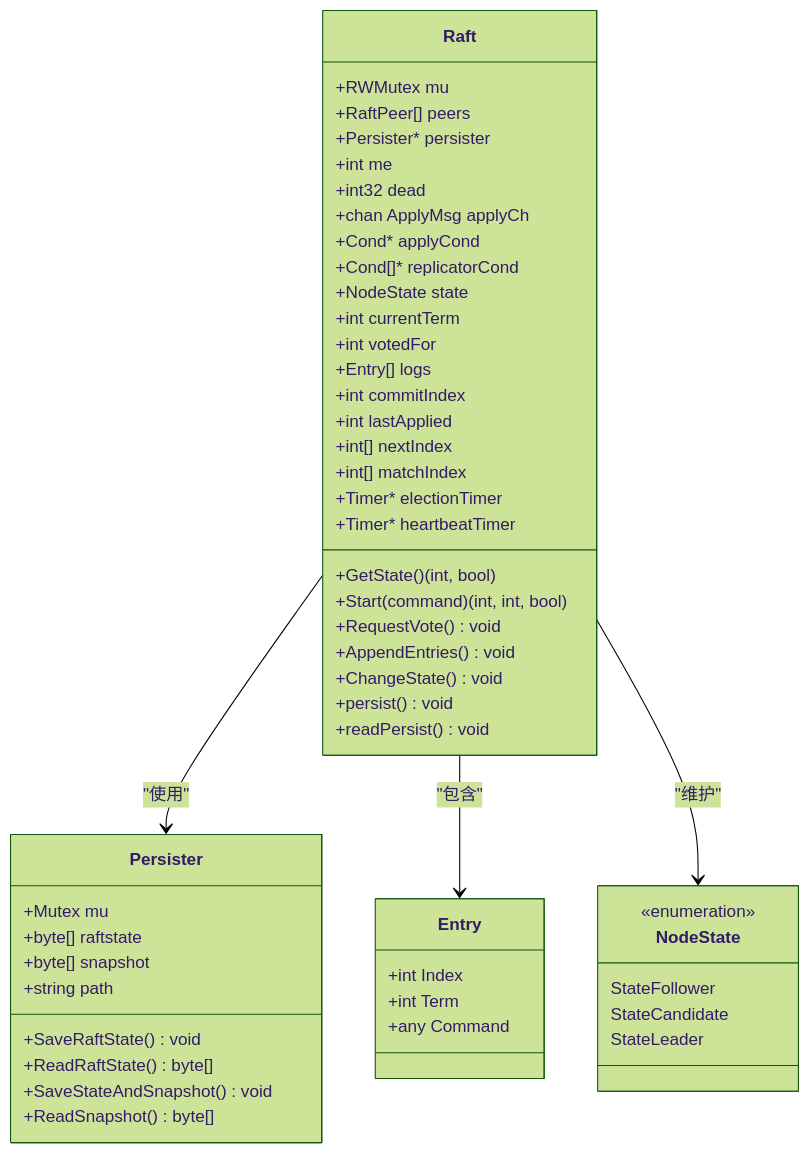
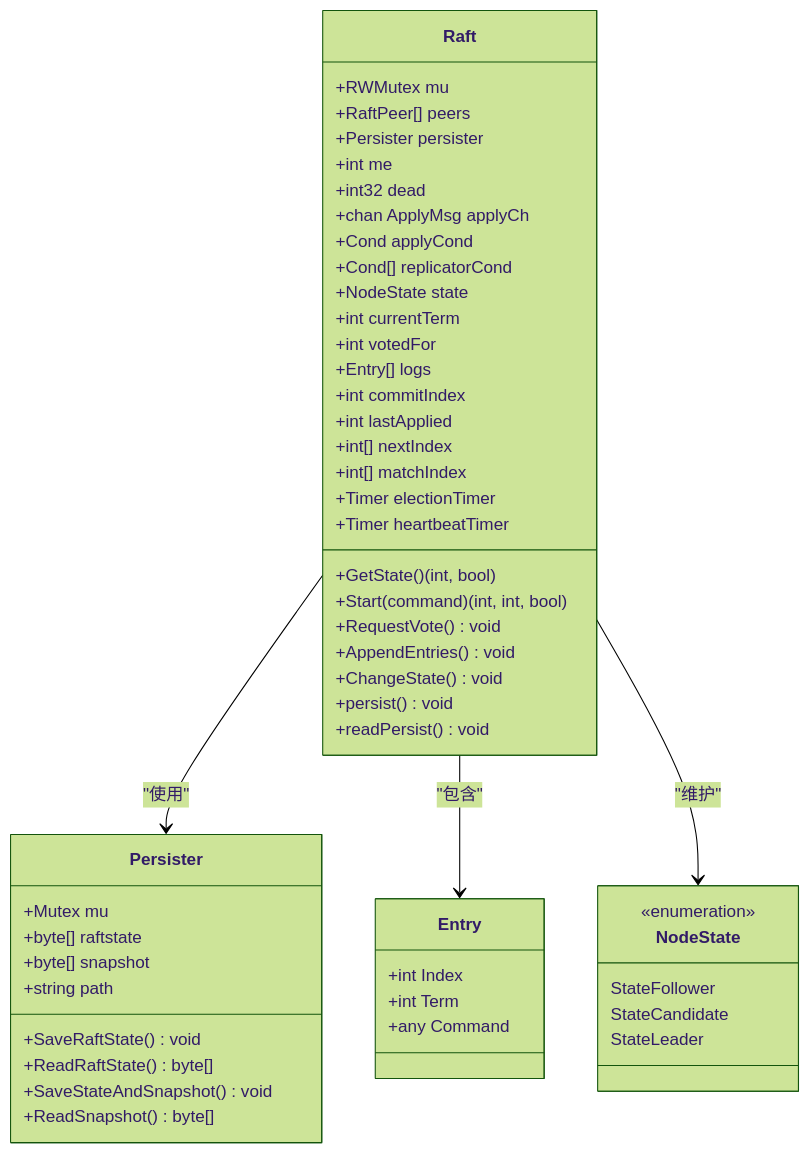
The second of 8 diagrams in wiki/Raft 共识算法/Raft 实现细节/数据结构设计.md (eraft-io/eraft), drawn with Mermaid (forest theme) before and after one commit. The commit also changed other lines of this file and 12 other files, not shown here.

````diff
--- a/wiki/Raft 共识算法/Raft 实现细节/数据结构设计.md
+++ b/wiki/Raft 共识算法/Raft 实现细节/数据结构设计.md
@@ -62,54 +62,54 @@
 ```mermaid
 classDiagram
 class Raft {
 +RWMutex mu
 +RaftPeer[] peers
-+Persister* persister
++Persister persister
 +int me
 +int32 dead
 +chan ApplyMsg applyCh
-+Cond* applyCond
-+Cond[]* replicatorCond
++Cond applyCond
++Cond[] replicatorCond
 +NodeState state
 +int currentTerm
 +int votedFor
 +Entry[] logs
 +int commitIndex
 +int lastApplied
 +int[] nextIndex
 +int[] matchIndex
-+Timer* electionTimer
-+Timer* heartbeatTimer
++Timer electionTimer
++Timer heartbeatTimer
 +GetState() (int, bool)
 +Start(command) (int, int, bool)
 +RequestVote() void
 +AppendEntries() void
 +ChangeState() void
 +persist() void
 +readPersist() void
 }
 class Persister {
 +Mutex mu
 +byte[] raftstate
 +byte[] snapshot
 +string path
 +SaveRaftState() void
 +ReadRaftState() byte[]
 +SaveStateAndSnapshot() void
 +ReadSnapshot() byte[]
 }
 class Entry {
 +int Index
 +int Term
 +any Command
 }
 class NodeState {
 <<enumeration>>
 StateFollower
 StateCandidate
 StateLeader
 }
 Raft --> Persister : "使用"
 Raft --> Entry : "包含"
 Raft --> NodeState : "维护"
 ```
````
